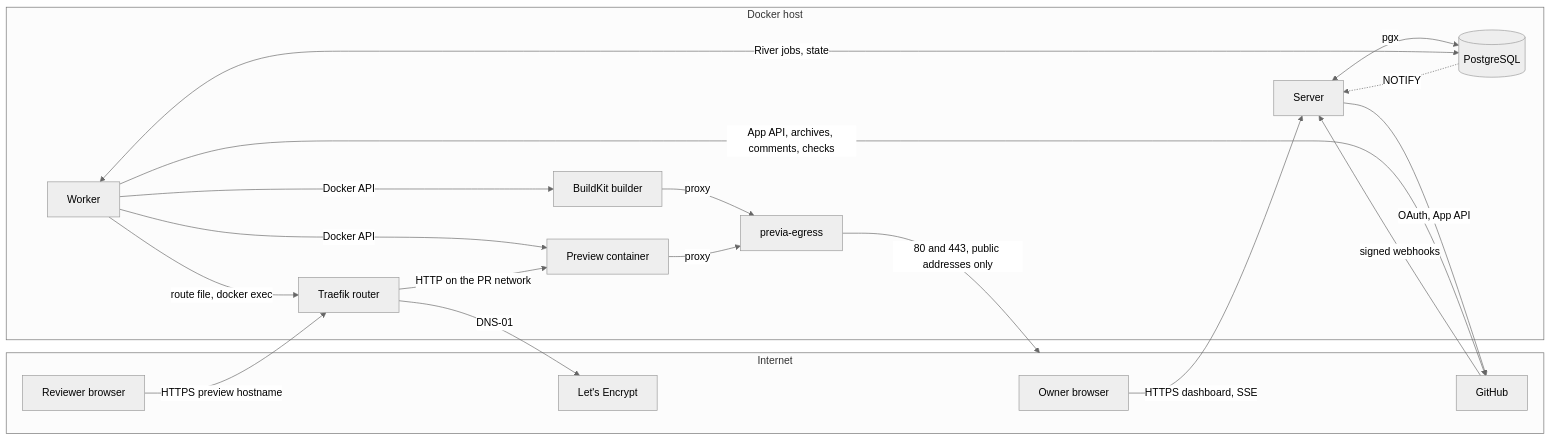
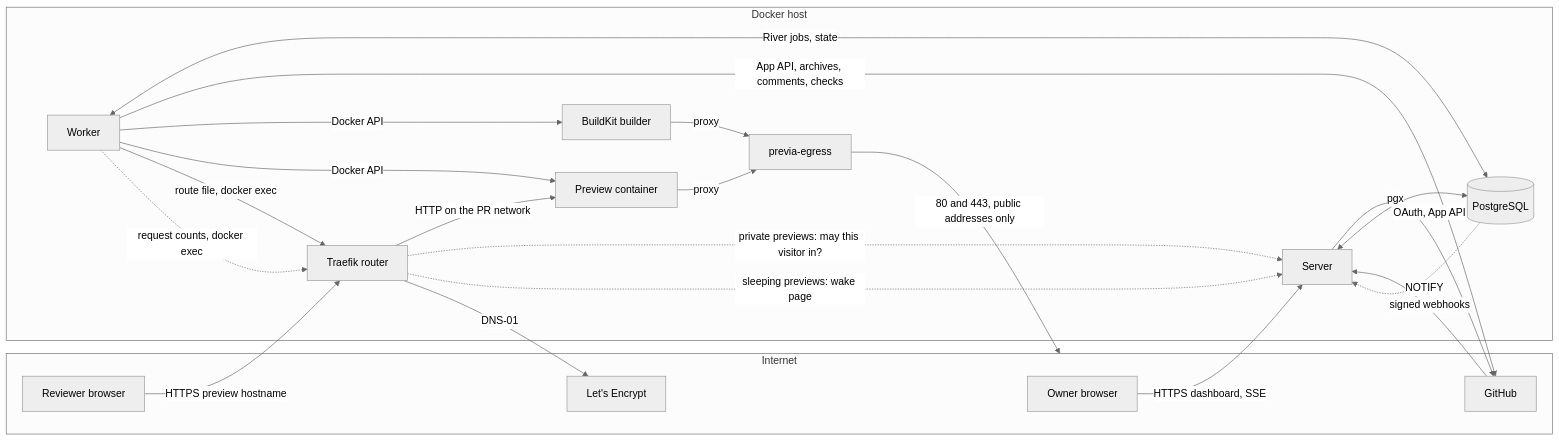
Before and after one commit to ajaykathwate/Previa: the first of 44 diagrams in technical-docs/inside-previa.md, drawn with Mermaid (neutral theme). The commit also changed other lines of this file and 19 other files, not shown here.

````diff
--- a/technical-docs/inside-previa.md
+++ b/technical-docs/inside-previa.md
@@ -117,34 +118,37 @@
 ```mermaid
 flowchart LR
     subgraph Internet
         B[Owner browser]
         V[Reviewer browser]
         GH[GitHub]
         LE[Let's Encrypt]
     end
     subgraph Host[Docker host]
         S[Server]
         W[Worker]
         DB[(PostgreSQL)]
         R[Traefik router]
         E[previa-egress]
         BK[BuildKit builder]
         P[Preview container]
     end
     B -->|HTTPS dashboard, SSE| S
     GH -->|signed webhooks| S
     S -->|OAuth, App API| GH
     S <-->|pgx| DB
     W <-->|River jobs, state| DB
     W -->|App API, archives, comments, checks| GH
     W -->|Docker API| BK
     W -->|Docker API| P
     W -->|route file, docker exec| R
     BK -->|proxy| E
     P -->|proxy| E
     E -->|80 and 443, public addresses only| Internet
     V -->|HTTPS preview hostname| R
     R -->|HTTP on the PR network| P
+    R -.->|private previews: may this visitor in?| S
+    R -.->|sleeping previews: wake page| S
+    W -.->|request counts, docker exec| R
     R -->|DNS-01| LE
     DB -.->|NOTIFY| S
 ```
````
